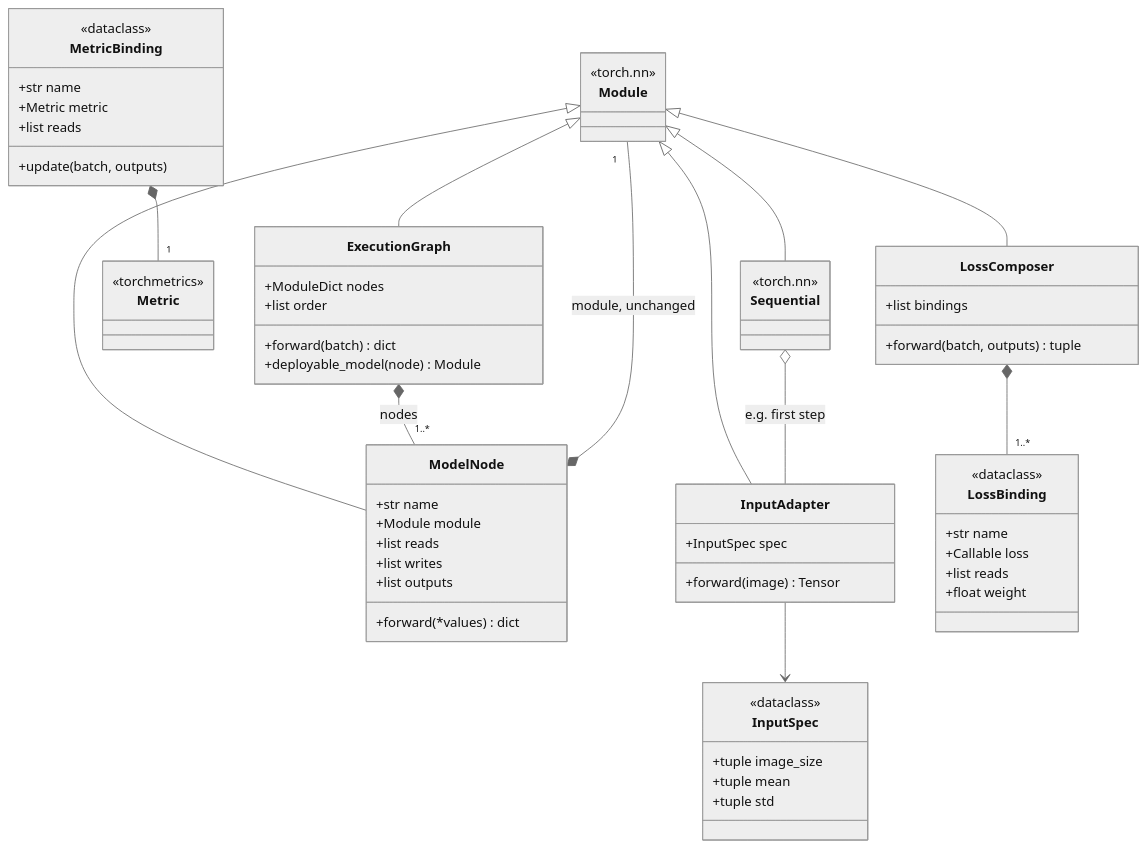
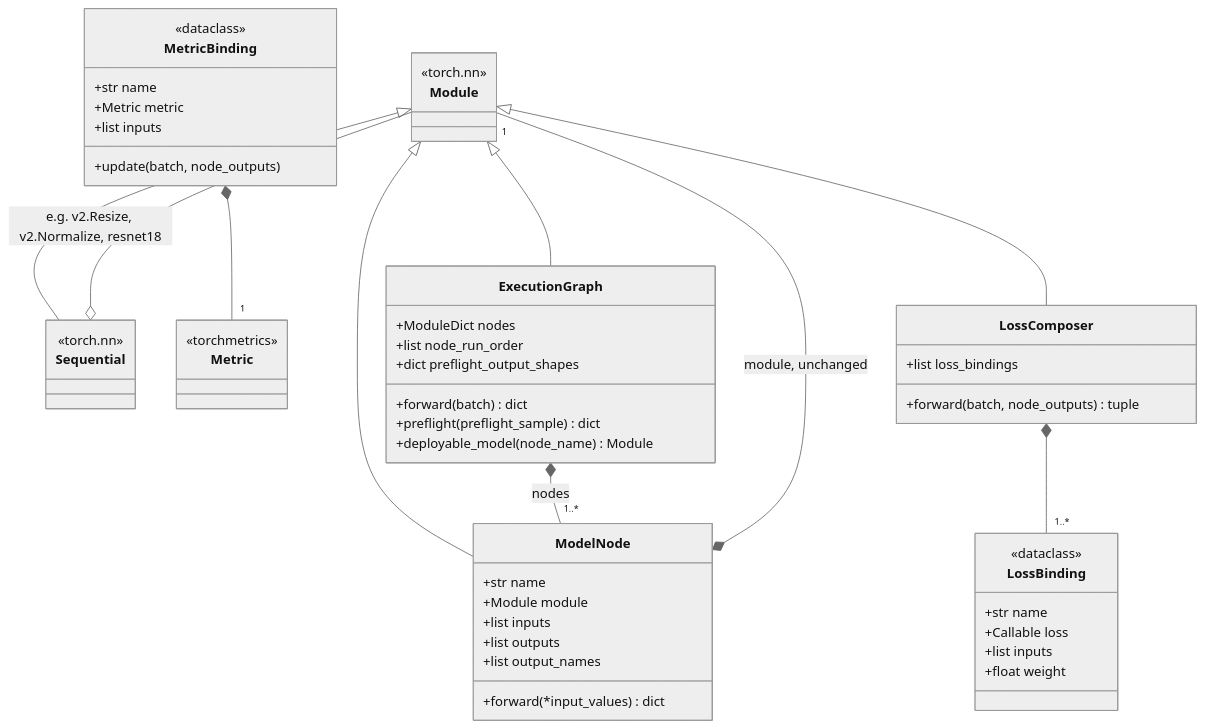
One commit to tile-and-error/imagenet-classification changed the second of 6 diagrams in PLAN.md. Above: the diagram before and after it, drawn with Mermaid (neutral theme). The commit also changed other lines of this file and 28 other files, not shown here.

````diff
--- a/PLAN.md
+++ b/PLAN.md
@@ -194,67 +194,57 @@
 ```mermaid
 classDiagram
     direction TB
     class Module {
         <<torch.nn>>
     }
     class Sequential {
         <<torch.nn>>
     }
     class Metric {
         <<torchmetrics>>
     }
     class ExecutionGraph {
         +ModuleDict nodes
-        +list order
+        +list node_run_order
+        +dict preflight_output_shapes
         +forward(batch) dict
-        +deployable_model(node) Module
+        +preflight(preflight_sample) dict
+        +deployable_model(node_name) Module
     }
     class ModelNode {
         +str name
         +Module module
-        +list reads
-        +list writes
+        +list inputs
         +list outputs
-        +forward(*values) dict
-    }
-    class InputAdapter {
-        +InputSpec spec
-        +forward(image) Tensor
-    }
-    class InputSpec {
-        <<dataclass>>
-        +tuple image_size
-        +tuple mean
-        +tuple std
+        +list output_names
+        +forward(*input_values) dict
     }
     class LossComposer {
-        +list bindings
-        +forward(batch, outputs) tuple
+        +list loss_bindings
+        +forward(batch, node_outputs) tuple
     }
     class LossBinding {
         <<dataclass>>
         +str name
         +Callable loss
-        +list reads
+        +list inputs
         +float weight
     }
     class MetricBinding {
         <<dataclass>>
         +str name
         +Metric metric
-        +list reads
-        +update(batch, outputs)
+        +list inputs
+        +update(batch, node_outputs)
     }
 
     Module <|-- Sequential
     Module <|-- ExecutionGraph
     Module <|-- ModelNode
-    Module <|-- InputAdapter
     Module <|-- LossComposer
     ExecutionGraph *-- "1..*" ModelNode : nodes
     ModelNode *-- "1" Module : module, unchanged
-    Sequential o-- InputAdapter : e.g. first step
-    InputAdapter --> InputSpec
+    Sequential o-- Module : e.g. v2.Resize, v2.Normalize, resnet18
     LossComposer *-- "1..*" LossBinding
     MetricBinding *-- "1" Metric
 ```
````
